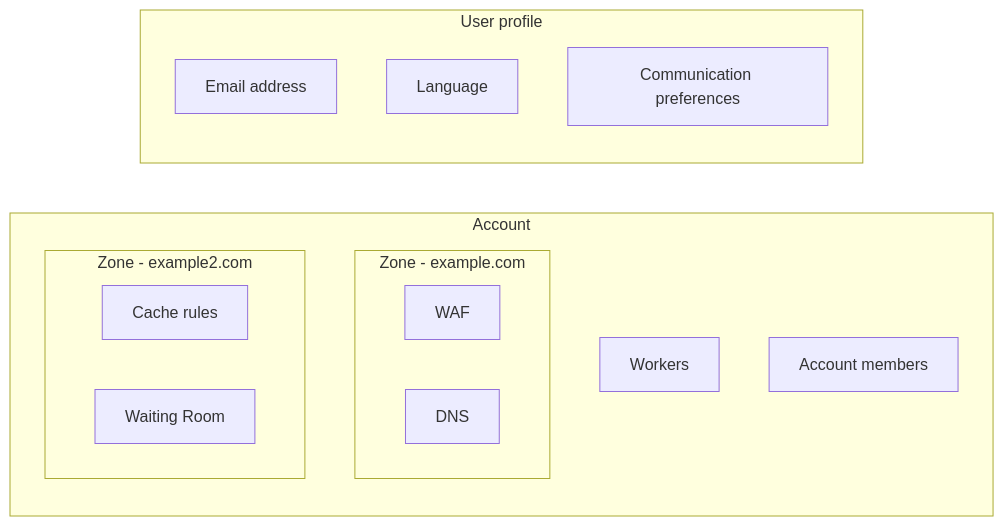
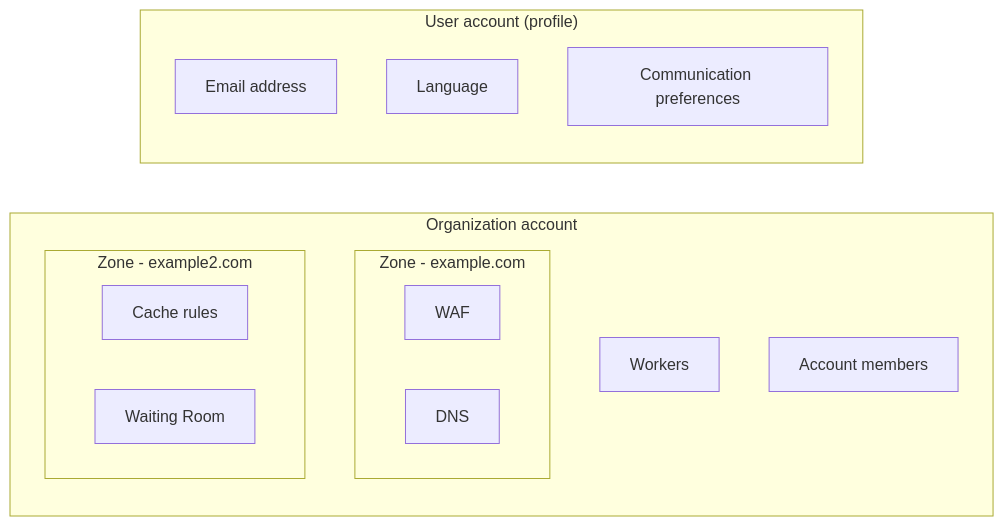
One commit to cloudflare/cloudflare-docs changed the diagram in content/fundamentals/get-started/concepts/accounts-and-zones.md. Above: the diagram before and after it, drawn with Mermaid. The commit also changed other lines of this file, not shown here.

Commit message:
Updated with organization account

```diff
--- a/content/fundamentals/get-started/concepts/accounts-and-zones.md
+++ b/content/fundamentals/get-started/concepts/accounts-and-zones.md
@@ -11,21 +11,21 @@
 <div class="mermaid">
 flowchart LR
-accTitle: Accounts contain zones and profiles contain user settings
-subgraph Account
+accTitle: Organization accounts contain zones and user profiles contain user settings
+subgraph Organization account
     subgraph Zone - example.com
         A[WAF]
         B[DNS]
     end
     subgraph Zone - example2.com
         C[Cache rules]
         D[Waiting Room]
     end
     Workers
     K[Account members]
 end
-subgraph User profile
+subgraph "User account (profile)"
     G[Email address]
     H[Language]
     I[Communication preferences]
 end
 </div>
```
